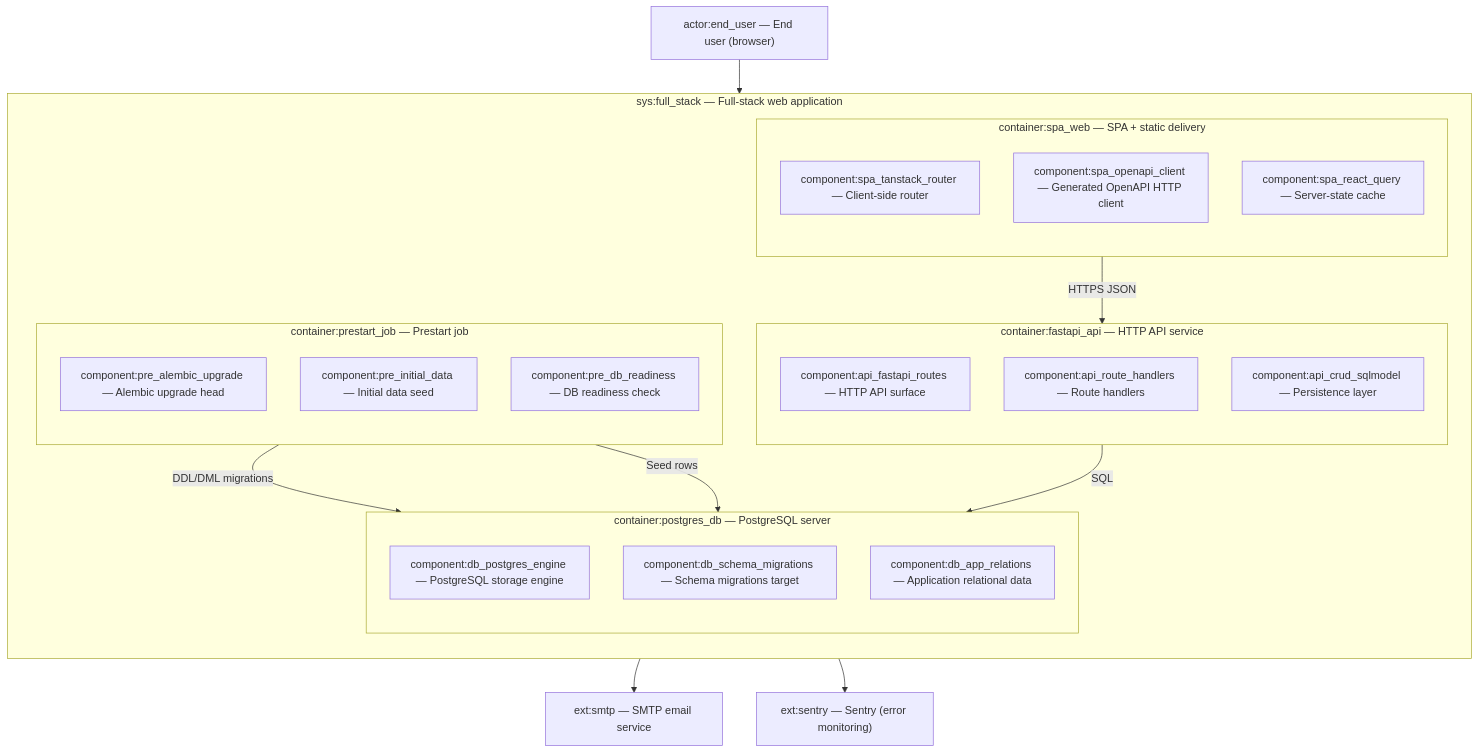
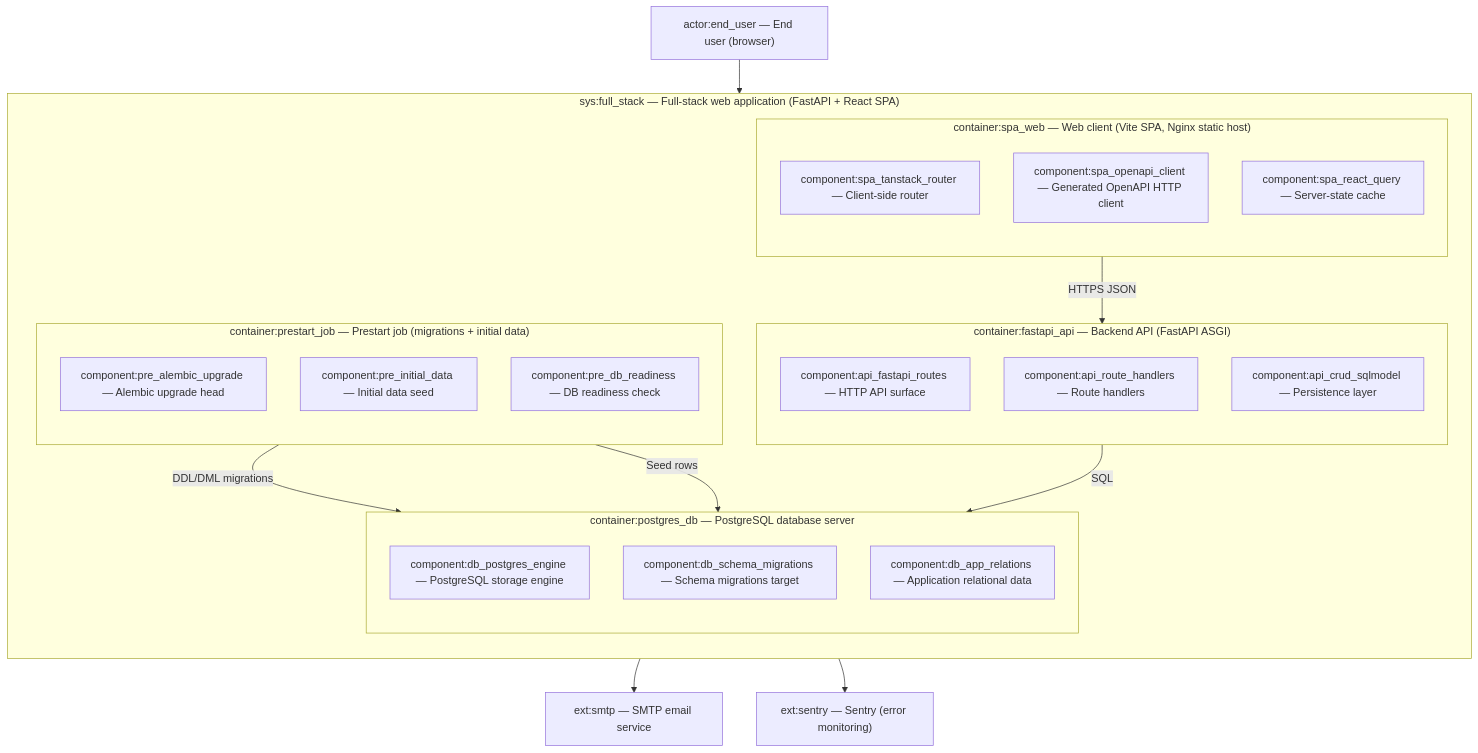
The diagram in docs/c4-live.mermaid.md (Decreen/decreen-arch-diff-demo), drawn with Mermaid before and after one commit. The commit also changed 3 other files, not shown here.

Commit message:
feat(c4): Pass 4 final architecture projection and containment map

````diff
--- a/docs/c4-live.mermaid.md
+++ b/docs/c4-live.mermaid.md
@@ -3,56 +3,56 @@
 ```mermaid
 flowchart TD
   actor_end_user["actor:end_user — End user (browser)"]
   ext_smtp["ext:smtp — SMTP email service"]
   ext_sentry["ext:sentry — Sentry (error monitoring)"]
-  subgraph sys_full_stack["sys:full_stack — Full-stack web application"]
+  subgraph sys_full_stack["sys:full_stack — Full-stack web application (FastAPI + React SPA)"]
     direction TB
-    subgraph spa_c["container:spa_web — SPA + static delivery"]
+    subgraph spa_c["container:spa_web — Web client (Vite SPA, Nginx static host)"]
       direction TB
       %% SCOPE: urn:c4:container:container:spa_web
       spa_r["component:spa_tanstack_router — Client-side router"]
       %% KIND: router
       spa_o["component:spa_openapi_client — Generated OpenAPI HTTP client"]
       %% KIND: integration
       spa_q["component:spa_react_query — Server-state cache"]
       %% KIND: storage
     end
-    subgraph api_c["container:fastapi_api — HTTP API service"]
+    subgraph api_c["container:fastapi_api — Backend API (FastAPI ASGI)"]
       direction TB
       %% SCOPE: urn:c4:container:container:fastapi_api
       api_rt["component:api_fastapi_routes — HTTP API surface"]
       %% KIND: router
       api_h["component:api_route_handlers — Route handlers"]
       %% KIND: service_layer
       api_d["component:api_crud_sqlmodel — Persistence layer"]
       %% KIND: data_access
     end
-    subgraph db_c["container:postgres_db — PostgreSQL server"]
+    subgraph db_c["container:postgres_db — PostgreSQL database server"]
       direction TB
       %% SCOPE: urn:c4:container:container:postgres_db
       db_e["component:db_postgres_engine — PostgreSQL storage engine"]
       %% KIND: storage
       db_m["component:db_schema_migrations — Schema migrations target"]
       %% KIND: pipeline
       db_a["component:db_app_relations — Application relational data"]
       %% KIND: storage
     end
-    subgraph pre_c["container:prestart_job — Prestart job"]
+    subgraph pre_c["container:prestart_job — Prestart job (migrations + initial data)"]
       direction TB
       %% SCOPE: urn:c4:container:container:prestart_job
       pre_a["component:pre_alembic_upgrade — Alembic upgrade head"]
       %% KIND: pipeline
       pre_i["component:pre_initial_data — Initial data seed"]
       %% KIND: worker
       pre_r["component:pre_db_readiness — DB readiness check"]
       %% KIND: integration
     end
   end
   actor_end_user --> spa_c
   spa_o -->|"HTTPS JSON"| api_rt
   api_d -->|"SQL"| db_e
   pre_a -->|"DDL/DML migrations"| db_e
   pre_i -->|"Seed rows"| db_a
   api_h --> ext_smtp
   api_h --> ext_sentry
 ```
````
